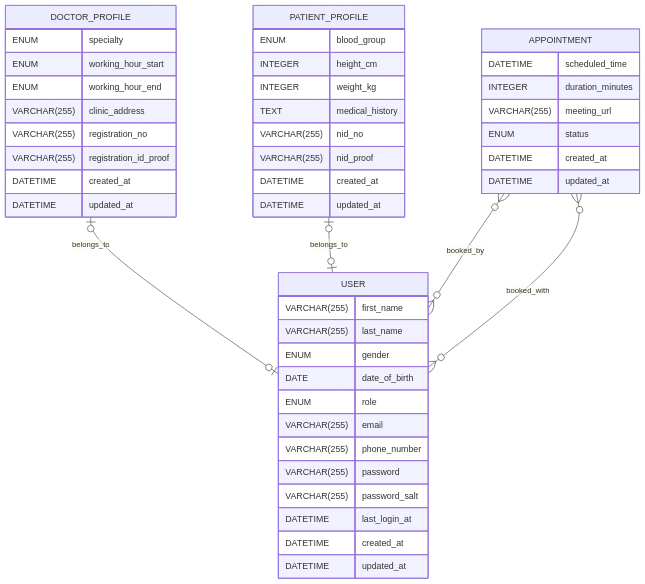
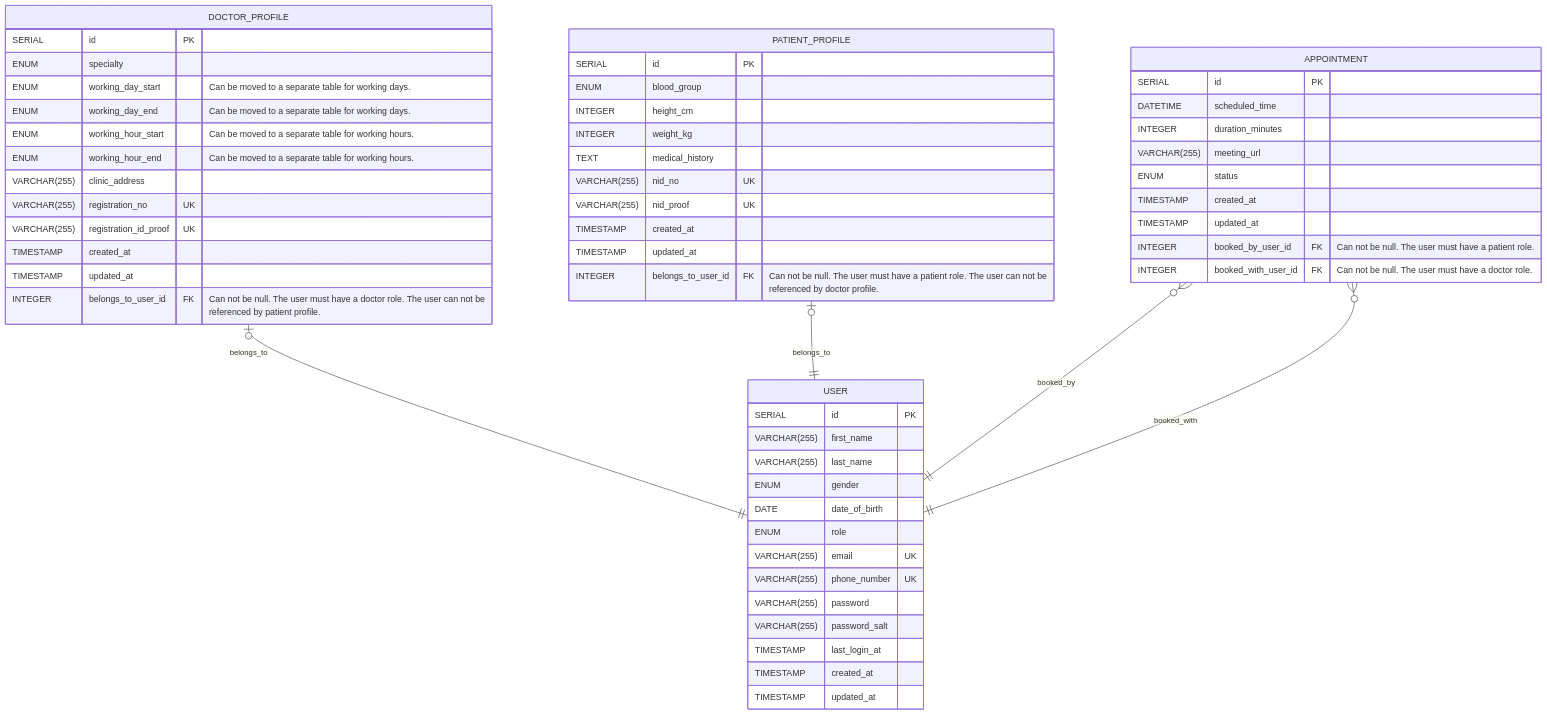
Before and after one commit to was-wtag/medical-appointment-scheduler: the diagram in docs/er_diagram.md, drawn with Mermaid.

Commit message:
Fix er diagram

````diff
--- a/docs/er_diagram.md
+++ b/docs/er_diagram.md
@@ -1,53 +1,67 @@
 ```mermaid
 erDiagram
     USER {
+        SERIAL id PK
         VARCHAR(255) first_name
         VARCHAR(255) last_name
         ENUM gender
         DATE date_of_birth
         ENUM role
-        VARCHAR(255) email
-        VARCHAR(255) phone_number
+        VARCHAR(255) email UK
+        VARCHAR(255) phone_number UK
         VARCHAR(255) password
         VARCHAR(255) password_salt
-        DATETIME last_login_at
-        DATETIME created_at
-        DATETIME updated_at
+        TIMESTAMP last_login_at
+        TIMESTAMP created_at
+        TIMESTAMP updated_at
     }
     
     DOCTOR_PROFILE {
+        %% Working day and hour can possibly be a separate table
+        %% For now, it is assumed that all doctors have consecutive working day with fixed working hours
+        SERIAL id PK
         ENUM specialty
-        ENUM working_hour_start
-        ENUM working_hour_end
+        ENUM working_day_start "Can be moved to a separate table for working days."
+        ENUM working_day_end "Can be moved to a separate table for working days."
+        ENUM working_hour_start "Can be moved to a separate table for working hours."
+        ENUM working_hour_end "Can be moved to a separate table for working hours."
         VARCHAR(255) clinic_address
-        VARCHAR(255) registration_no
-        VARCHAR(255) registration_id_proof
-        DATETIME created_at
-        DATETIME updated_at
+        VARCHAR(255) registration_no UK
+        VARCHAR(255) registration_id_proof UK
+        TIMESTAMP created_at
+        TIMESTAMP updated_at
+        INTEGER belongs_to_user_id FK "Can not be null. The user must have a doctor role. The user can not be 
+        referenced by patient profile."
     }
     
     PATIENT_PROFILE {
+        SERIAL id PK
         ENUM blood_group
         INTEGER height_cm
         INTEGER weight_kg
         TEXT medical_history
-        VARCHAR(255) nid_no
-        VARCHAR(255) nid_proof
-        DATETIME created_at
-        DATETIME updated_at
+        VARCHAR(255) nid_no UK
+        VARCHAR(255) nid_proof UK
+        TIMESTAMP created_at
+        TIMESTAMP updated_at
+        INTEGER belongs_to_user_id FK "Can not be null. The user must have a patient role. The user can not be 
+        referenced by doctor profile."
     }
     
     APPOINTMENT {
+        SERIAL id PK
         DATETIME scheduled_time
         INTEGER duration_minutes
         VARCHAR(255) meeting_url
         ENUM status
-        DATETIME created_at
-        DATETIME updated_at
+        TIMESTAMP created_at
+        TIMESTAMP updated_at
+        INTEGER booked_by_user_id FK "Can not be null. The user must have a patient role."
+        INTEGER booked_with_user_id FK "Can not be null. The user must have a doctor role."
     }
     
-    DOCTOR_PROFILE |o--o| USER : "belongs_to"
-    PATIENT_PROFILE |o--o| USER : "belongs_to"
-    APPOINTMENT }o--o{ USER : "booked_by"
-    APPOINTMENT }o--o{ USER : "booked_with"
+    DOCTOR_PROFILE |o--|| USER : "belongs_to"
+    PATIENT_PROFILE |o--|| USER : "belongs_to"
+    APPOINTMENT }o--|| USER : "booked_by"
+    APPOINTMENT }o--|| USER : "booked_with"
 ```
````
